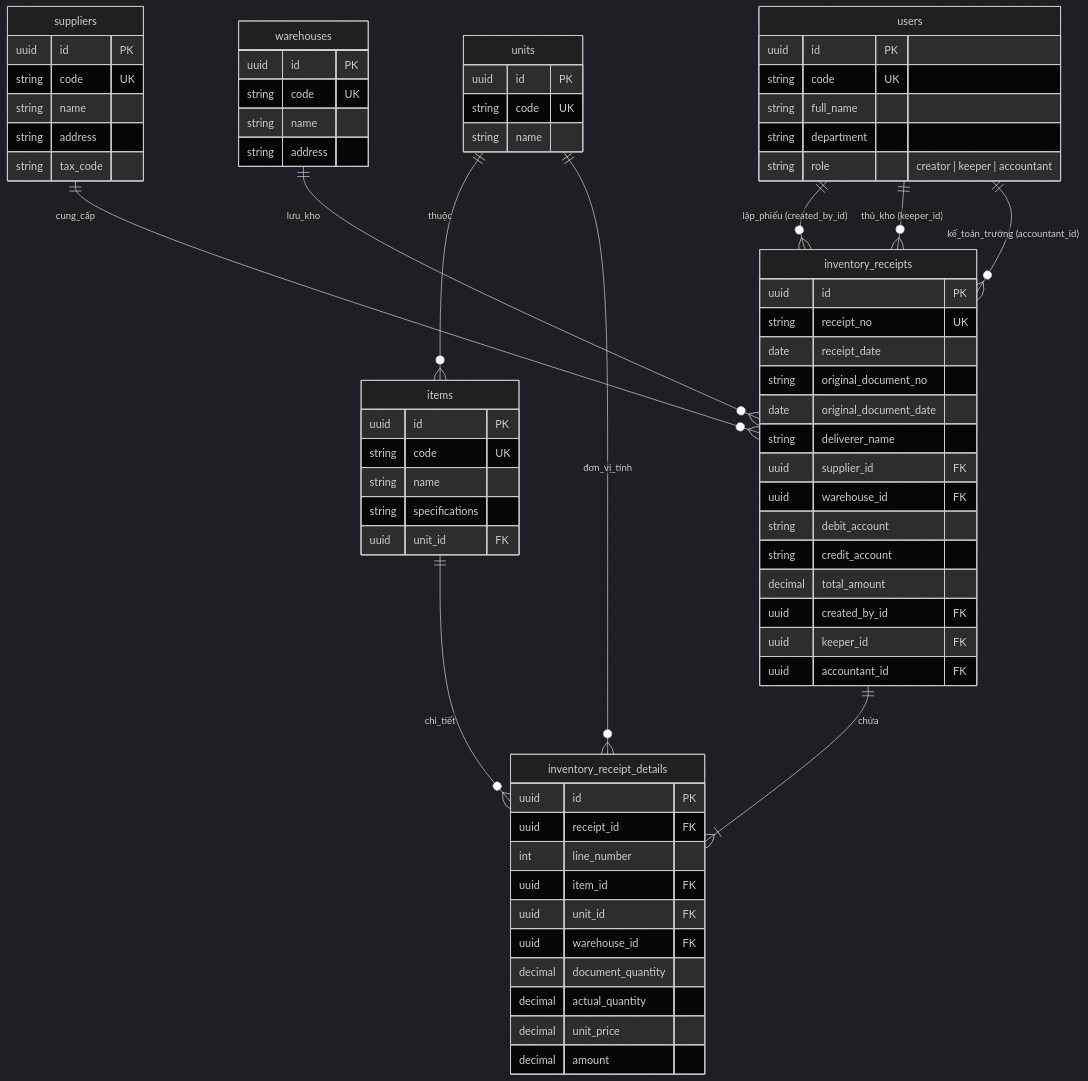
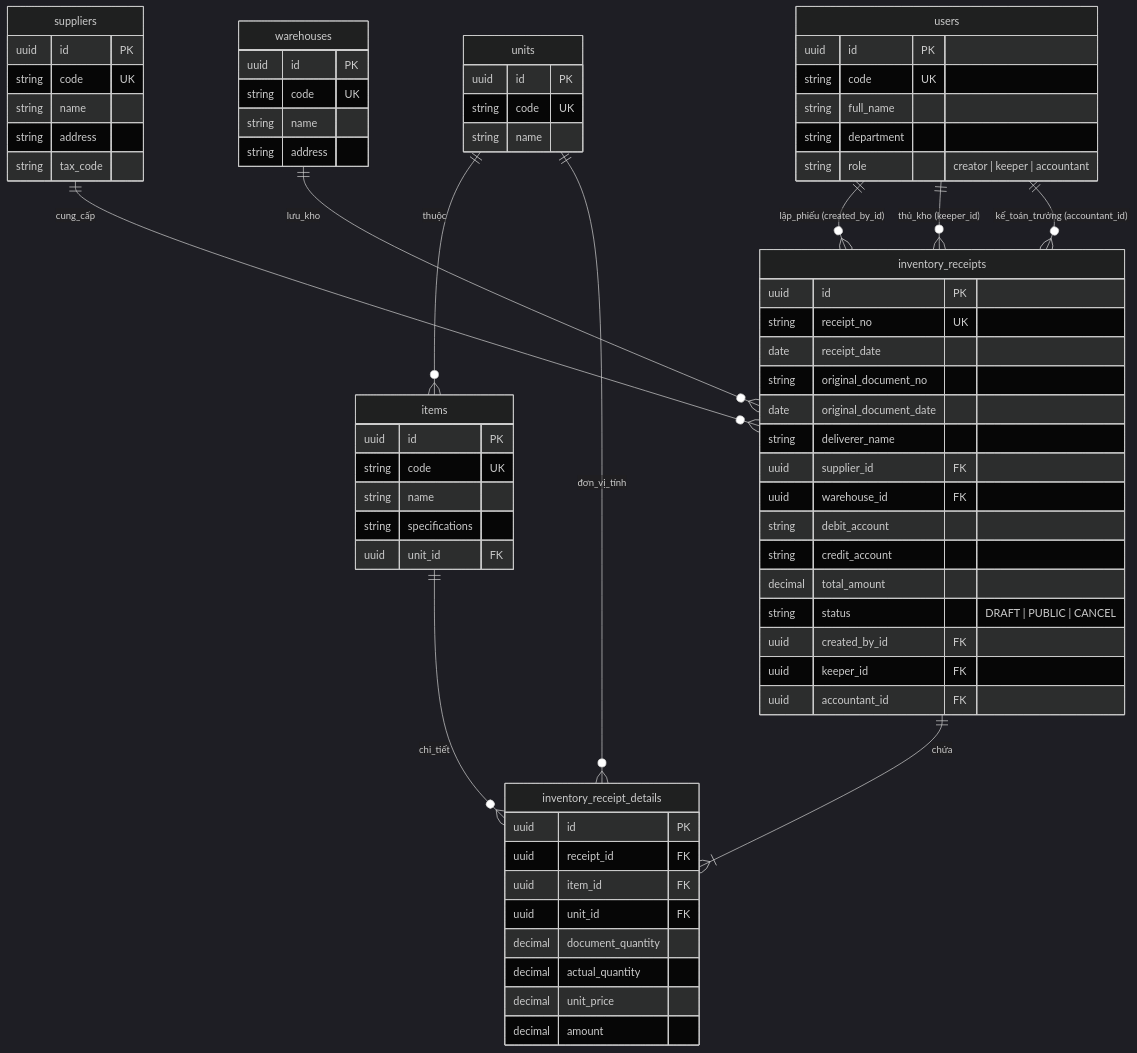
One commit to Duancoders03/warehouse_test changed the diagram in README.md. Above: the diagram before and after it, drawn with Mermaid (dark theme). The commit also changed other lines of this file and 10 other files, not shown here.

````diff
--- a/README.md
+++ b/README.md
@@ -58,80 +58,79 @@
 ```mermaid
 erDiagram
     units ||--o{ items : "thuộc"
     units ||--o{ inventory_receipt_details : "đơn_vị_tính"
     suppliers ||--o{ inventory_receipts : "cung_cấp"
     warehouses ||--o{ inventory_receipts : "lưu_kho"
     users ||--o{ inventory_receipts : "lập_phiếu (created_by_id)"
     users ||--o{ inventory_receipts : "thủ_kho (keeper_id)"
     users ||--o{ inventory_receipts : "kế_toán_trưởng (accountant_id)"
-  
+
     inventory_receipts ||--|{ inventory_receipt_details : "chứa"
     items ||--o{ inventory_receipt_details : "chi_tiết"
 
     units {
         uuid id PK
         string code UK
         string name
     }
 
     suppliers {
         uuid id PK
         string code UK
         string name
         string address
         string tax_code
     }
 
     warehouses {
         uuid id PK
         string code UK
         string name
         string address
     }
 
     users {
         uuid id PK
         string code UK
         string full_name
         string department
         string role "creator | keeper | accountant"
     }
 
     items {
         uuid id PK
         string code UK
         string name
         string specifications
         uuid unit_id FK
     }
 
     inventory_receipts {
         uuid id PK
         string receipt_no UK
         date receipt_date
         string original_document_no
         date original_document_date
         string deliverer_name
         uuid supplier_id FK
         uuid warehouse_id FK
         string debit_account
         string credit_account
         decimal total_amount
+        string status "DRAFT | PUBLIC | CANCEL"
         uuid created_by_id FK
         uuid keeper_id FK
         uuid accountant_id FK
     }
 
     inventory_receipt_details {
         uuid id PK
         uuid receipt_id FK
-        int line_number
         uuid item_id FK
         uuid unit_id FK
-        uuid warehouse_id FK
         decimal document_quantity
         decimal actual_quantity
         decimal unit_price
         decimal amount
     }
 ```
````
